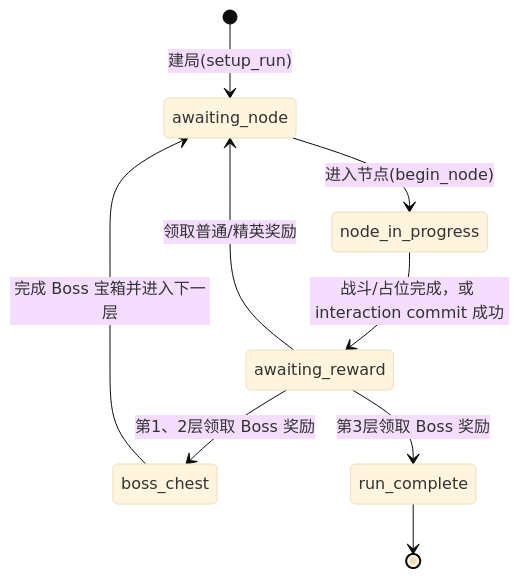
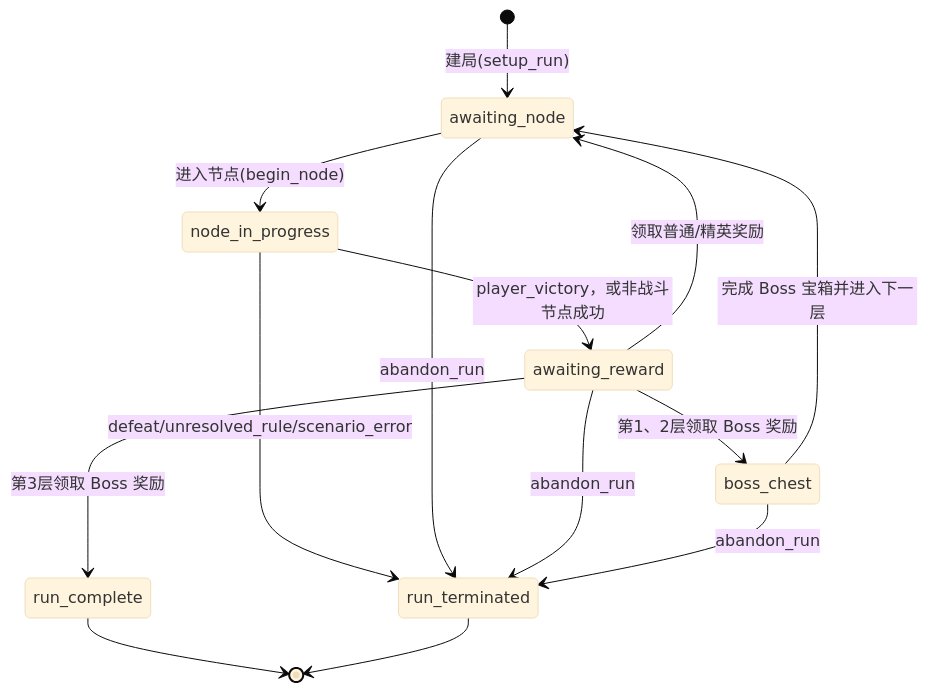
One commit to duguyumei/games changed the sixth of 13 diagrams in combo_duel_vslice/docs/architecture-diagrams.md. Above: the diagram before and after it, drawn with Mermaid (base theme). The commit also changed other lines of this file and 15 other files, not shown here.

````diff
--- a/combo_duel_vslice/docs/architecture-diagrams.md
+++ b/combo_duel_vslice/docs/architecture-diagrams.md
@@ -282,11 +287,16 @@
 ```mermaid
 stateDiagram-v2
     [*] --> awaiting_node : 建局(setup_run)
     awaiting_node --> node_in_progress : 进入节点(begin_node)
-    node_in_progress --> awaiting_reward : 战斗/占位完成，或 interaction commit 成功
+    node_in_progress --> awaiting_reward : player_victory，或非战斗节点成功
+    node_in_progress --> run_terminated : defeat/unresolved_rule/scenario_error
+    awaiting_node --> run_terminated : abandon_run
+    awaiting_reward --> run_terminated : abandon_run
+    boss_chest --> run_terminated : abandon_run
     awaiting_reward --> awaiting_node : 领取普通/精英奖励
     awaiting_reward --> boss_chest : 第1、2层领取 Boss 奖励
     boss_chest --> awaiting_node : 完成 Boss 宝箱并进入下一层
     awaiting_reward --> run_complete : 第3层领取 Boss 奖励
     run_complete --> [*]
+    run_terminated --> [*]
 ```
````
